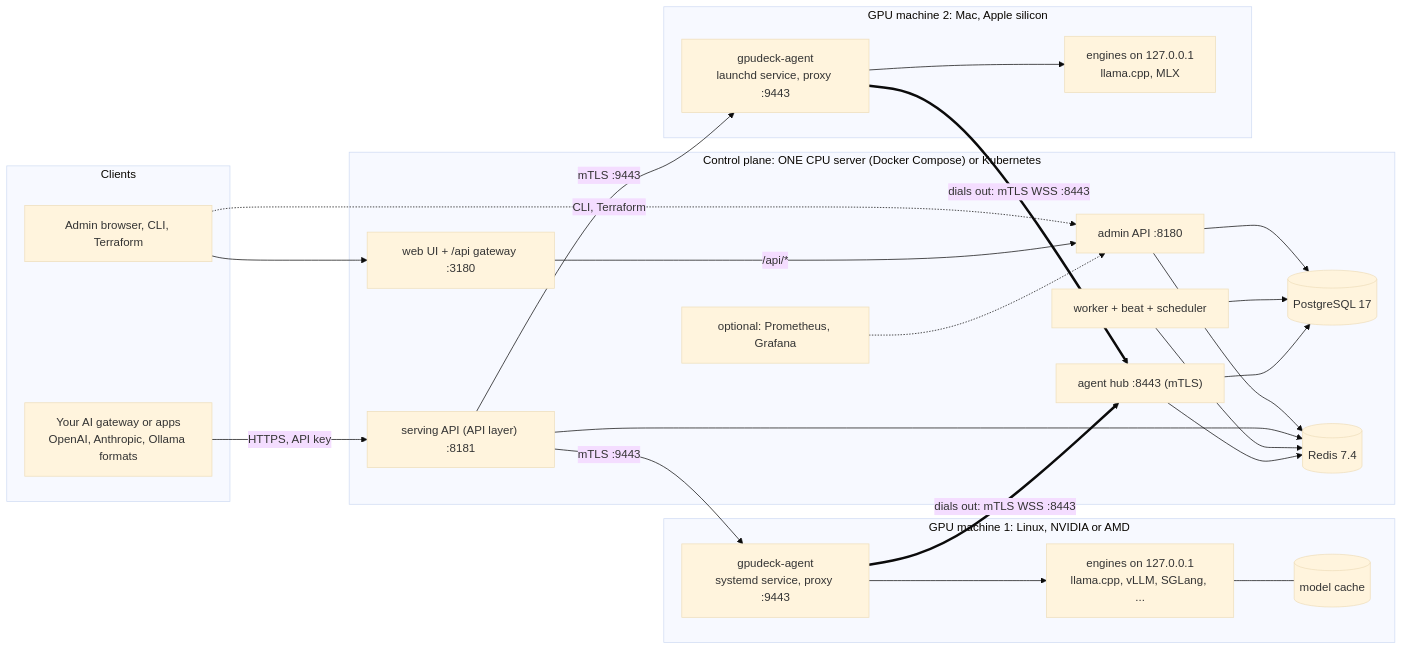
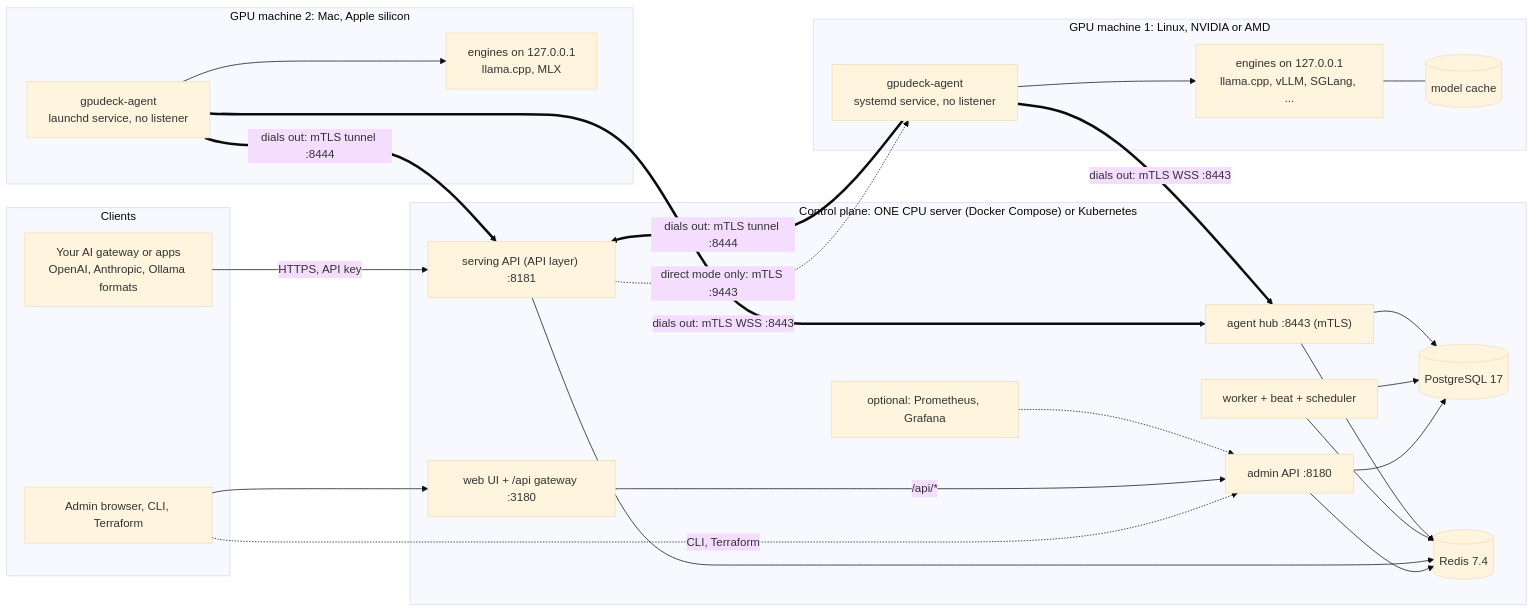
One commit to sur950/gpu-deck changed the diagram in docs/DEPLOYMENT.md. Above: the diagram before and after it, drawn with Mermaid (base theme). The commit also changed other lines of this file and 432 other files, not shown here.

````diff
--- a/docs/DEPLOYMENT.md
+++ b/docs/DEPLOYMENT.md
@@ -10,49 +10,50 @@
 ```mermaid
 flowchart LR
   subgraph Clients["Clients"]
     GW["Your AI gateway or apps<br/>OpenAI, Anthropic, Ollama formats"]
     ADM["Admin browser, CLI, Terraform"]
   end
 
   subgraph CP["Control plane: ONE CPU server (Docker Compose) or Kubernetes"]
     WEB["web UI + /api gateway :3180"]
     ADMIN["admin API :8180"]
     SERVE["serving API (API layer) :8181"]
     HUB["agent hub :8443 (mTLS)"]
     JOBS["worker + beat + scheduler"]
     PG[("PostgreSQL 17")]
     RD[("Redis 7.4")]
     OBS["optional: Prometheus, Grafana"]
   end
 
   subgraph G1["GPU machine 1: Linux, NVIDIA or AMD"]
-    A1["gpudeck-agent<br/>systemd service, proxy :9443"]
+    A1["gpudeck-agent<br/>systemd service, no listener"]
     E1["engines on 127.0.0.1<br/>llama.cpp, vLLM, SGLang, ..."]
     M1[("model cache")]
     A1 --> E1
     E1 --- M1
   end
 
   subgraph G2["GPU machine 2: Mac, Apple silicon"]
-    A2["gpudeck-agent<br/>launchd service, proxy :9443"]
+    A2["gpudeck-agent<br/>launchd service, no listener"]
     E2["engines on 127.0.0.1<br/>llama.cpp, MLX"]
     A2 --> E2
   end
 
   GW -->|"HTTPS, API key"| SERVE
   ADM --> WEB
   ADM -.->|"CLI, Terraform"| ADMIN
   WEB -->|"/api/*"| ADMIN
   ADMIN --> PG
   ADMIN --> RD
   SERVE --> RD
   JOBS --> PG
   JOBS --> RD
   HUB --> PG
   HUB --> RD
   OBS -.-> ADMIN
   A1 ==>|"dials out: mTLS WSS :8443"| HUB
   A2 ==>|"dials out: mTLS WSS :8443"| HUB
-  SERVE -->|"mTLS :9443"| A1
-  SERVE -->|"mTLS :9443"| A2
+  A1 ==>|"dials out: mTLS tunnel :8444"| SERVE
+  A2 ==>|"dials out: mTLS tunnel :8444"| SERVE
+  SERVE -.->|"direct mode only: mTLS :9443"| A1
 ```
````
